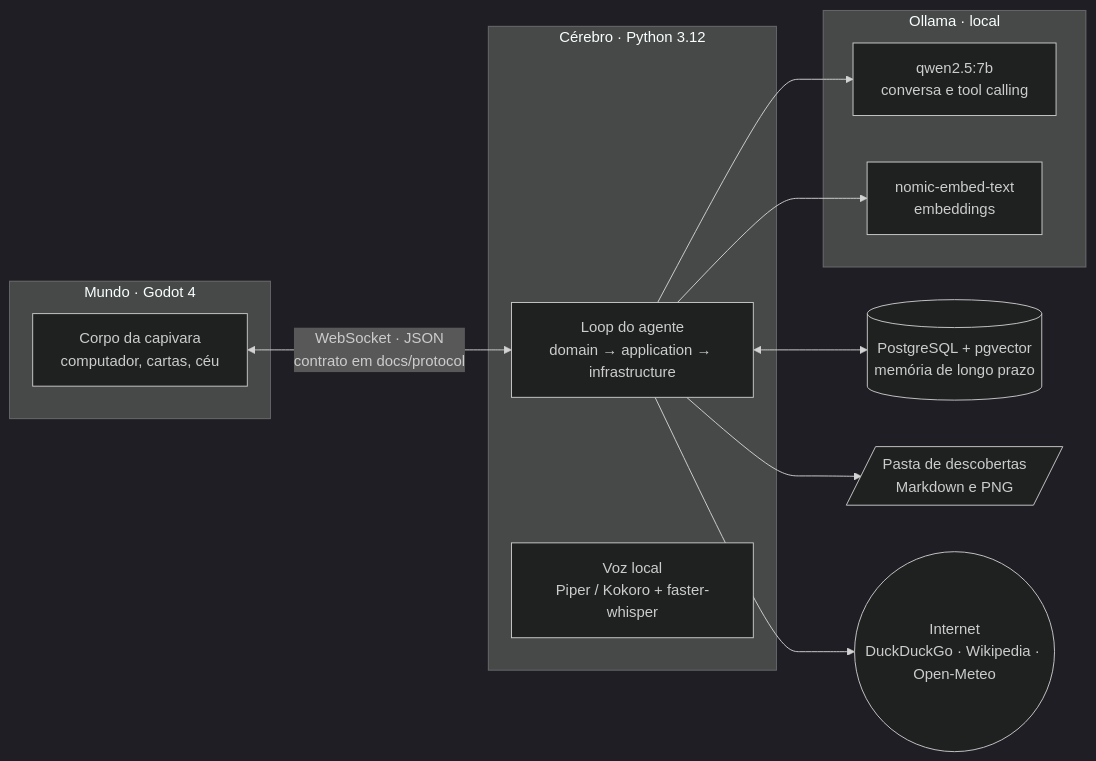
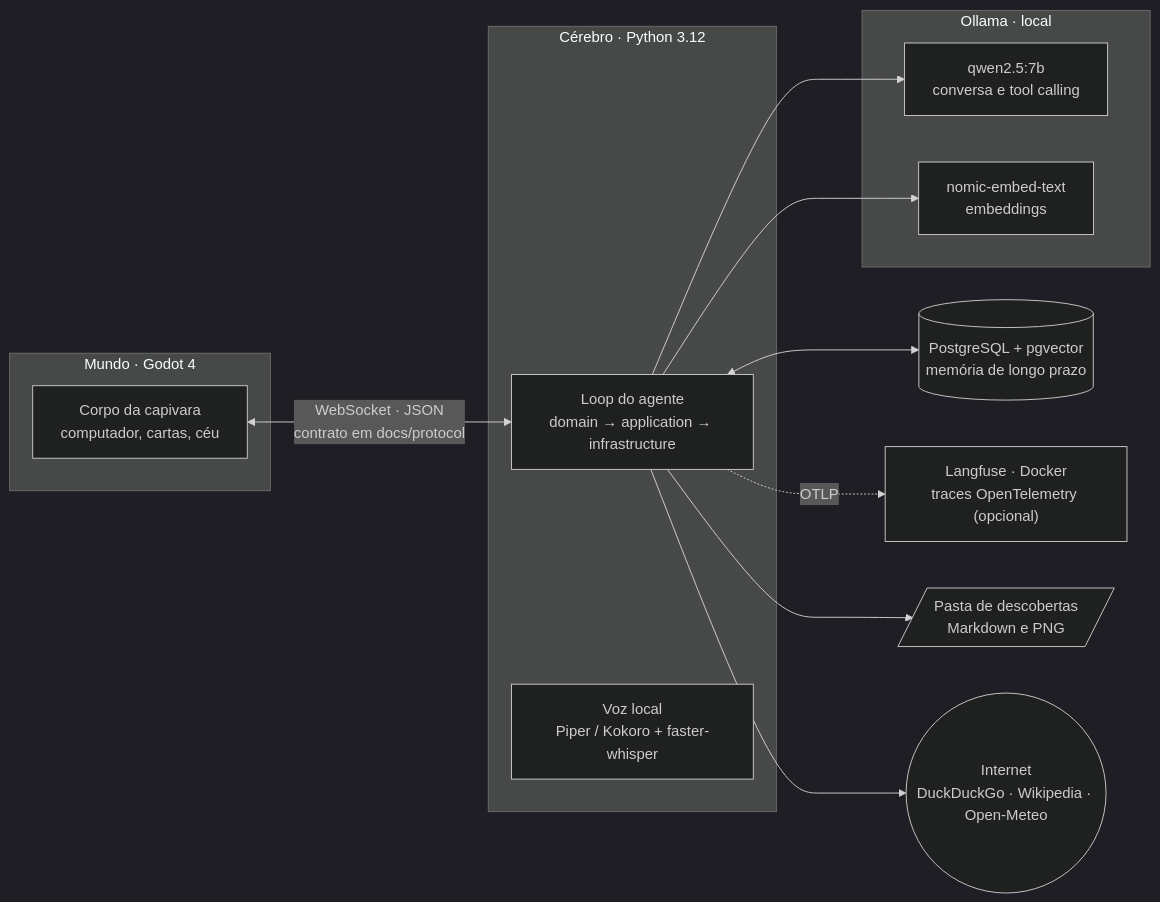
Before and after one commit to MatheusPatricioo/capivara-ia: the diagram in README.md, drawn with Mermaid (dark theme). The commit also changed other lines of this file and 28 other files, not shown here.

First line of the commit message:
feat: trace the agent with OpenTelemetry and view it in Langfuse

````diff
--- a/README.md
+++ b/README.md
@@ -28,22 +29,24 @@
 ```mermaid
 flowchart LR
   subgraph Mundo["Mundo · Godot 4"]
     W["Corpo da capivara<br/>computador, cartas, céu"]
   end
   subgraph Cerebro["Cérebro · Python 3.12"]
     L["Loop do agente<br/>domain → application → infrastructure"]
     V["Voz local<br/>Piper / Kokoro + faster-whisper"]
   end
   subgraph Ollama["Ollama · local"]
     Q["qwen2.5:7b<br/>conversa e tool calling"]
     E["nomic-embed-text<br/>embeddings"]
   end
   DB[("PostgreSQL + pgvector<br/>memória de longo prazo")]
+  LF["Langfuse · Docker<br/>traces OpenTelemetry (opcional)"]
   F[/"Pasta de descobertas<br/>Markdown e PNG"/]
   WEB(("Internet<br/>DuckDuckGo · Wikipedia · Open-Meteo"))
   W <-- "WebSocket · JSON<br/>contrato em docs/protocol" --> L
   L --> Q & E
   L <--> DB
   L --> F
   L --> WEB
+  L -. "OTLP" .-> LF
 ```
````
